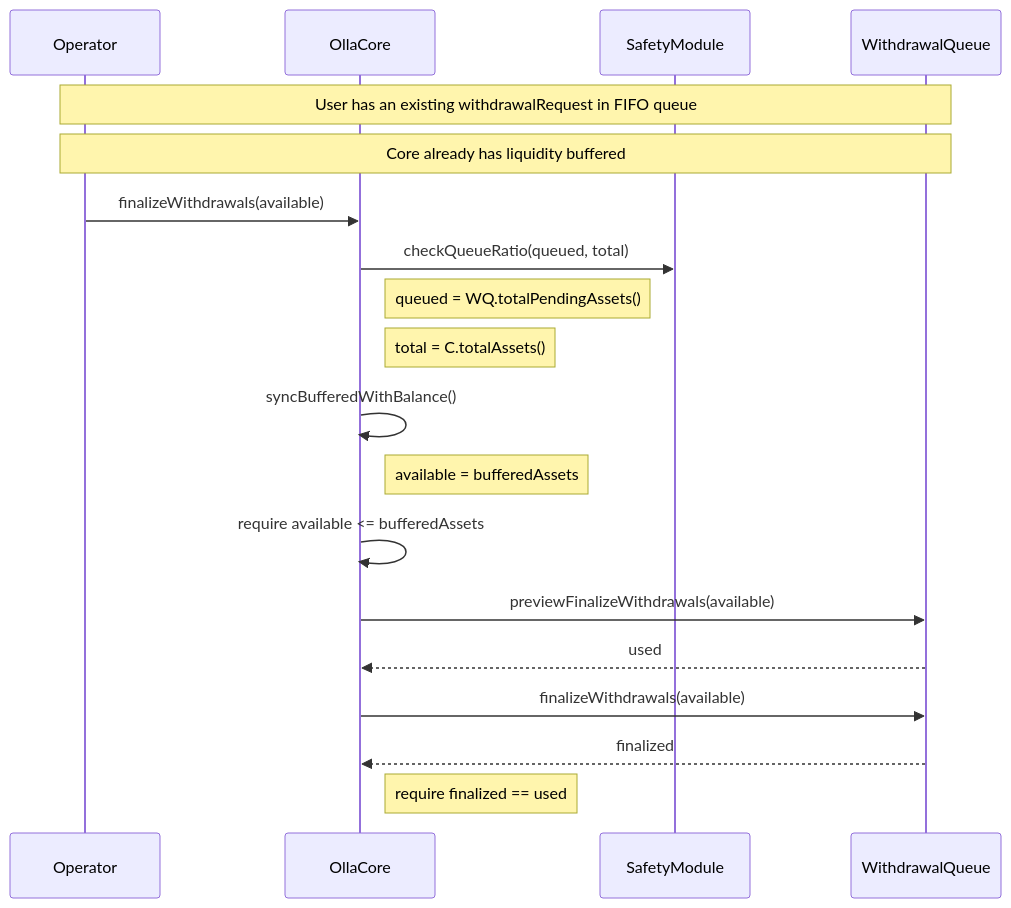
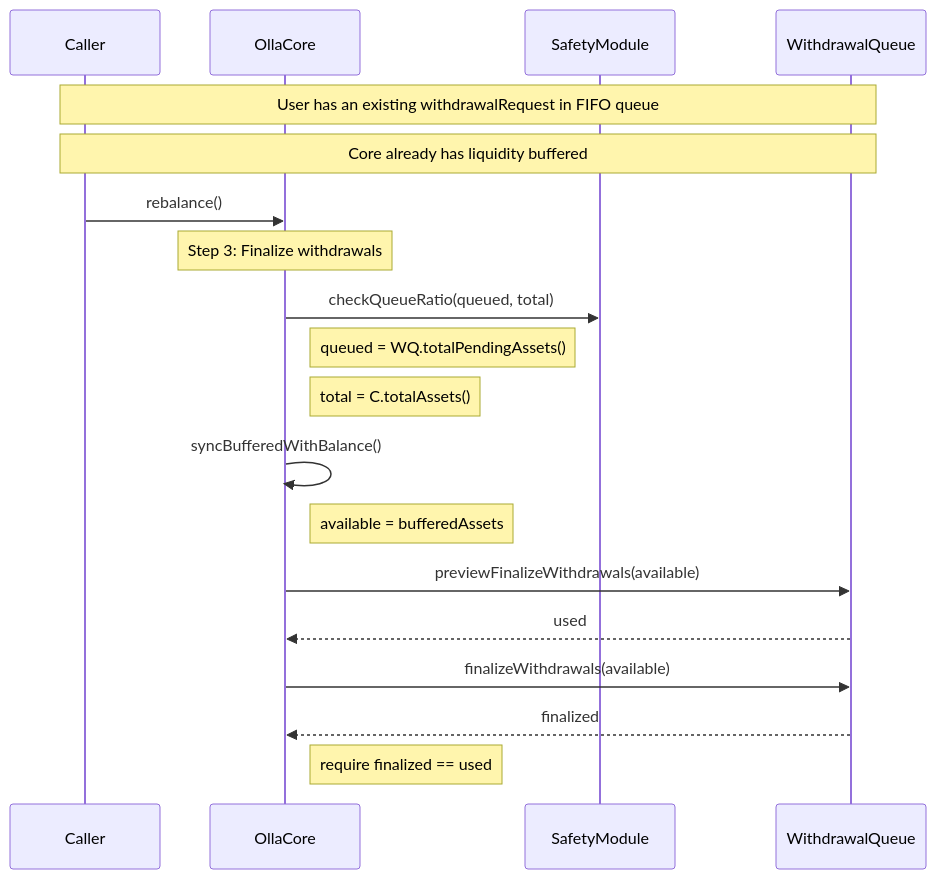
Before and after one commit to ollafinance/core: the fourth of 9 diagrams in docs/operator-actions.md, drawn with Mermaid. The commit also changed other lines of this file and 54 other files, not shown here.

````diff
--- a/docs/operator-actions.md
+++ b/docs/operator-actions.md
@@ -52,23 +71,23 @@
 ```mermaid
 sequenceDiagram
-    participant OP as Operator
+    participant A as Caller
     participant C as OllaCore
     participant SAF as SafetyModule
     participant WQ as WithdrawalQueue
 
-    Note over OP,WQ: User has an existing withdrawalRequest in FIFO queue
-    Note over OP,WQ: Core already has liquidity buffered
+    Note over A,WQ: User has an existing withdrawalRequest in FIFO queue
+    Note over A,WQ: Core already has liquidity buffered
 
-    OP->>C: finalizeWithdrawals(available)
+    A->>C: rebalance()
+    Note over C: Step 3: Finalize withdrawals
     C->>SAF: checkQueueRatio(queued, total)
     Note right of C: queued = WQ.totalPendingAssets()
     Note right of C: total = C.totalAssets()
     C->>C: syncBufferedWithBalance()
     Note right of C: available = bufferedAssets
-    C->>C: require available <= bufferedAssets
     C->>WQ: previewFinalizeWithdrawals(available)
     WQ-->>C: used
     C->>WQ: finalizeWithdrawals(available)
     WQ-->>C: finalized
     Note right of C: require finalized == used
 ```
````
